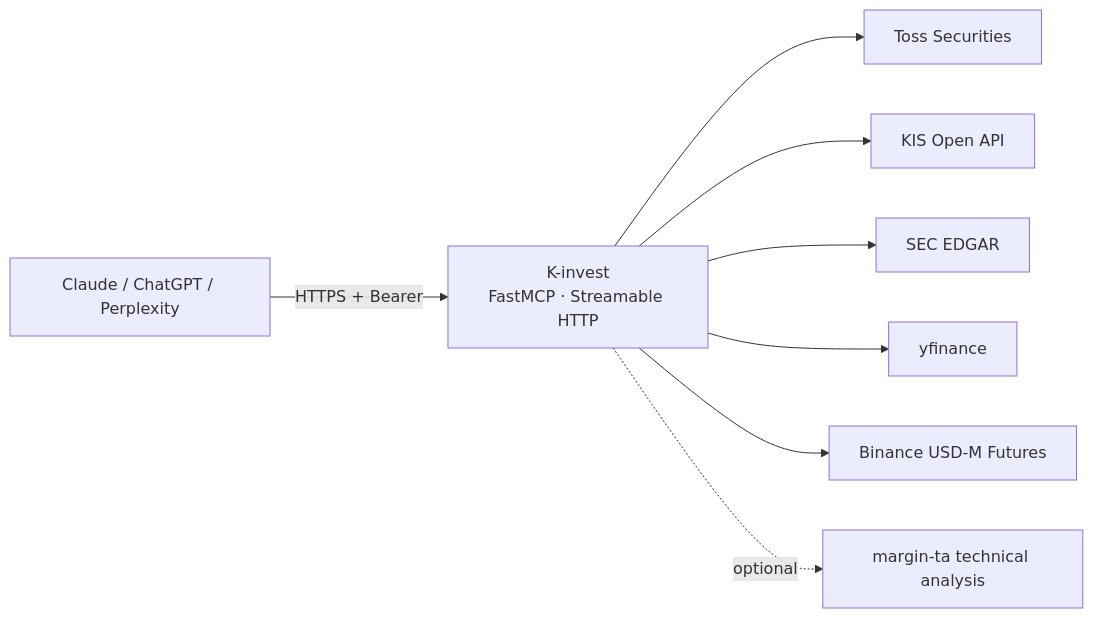
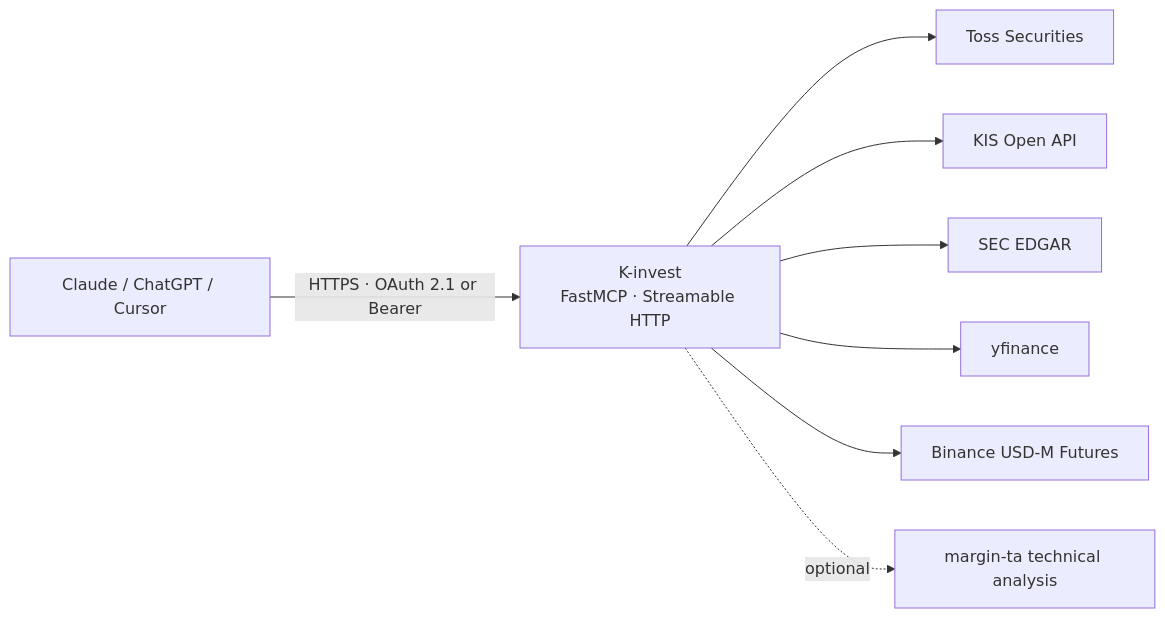
Before and after one commit to ianlyoo/K-invest: the diagram in README.en.md, drawn with Mermaid. The commit also changed other lines of this file and 1 other file, not shown here.

First line of the commit message:
docs: document OAuth 2.1 connector setup in both READMEs

````diff
--- a/README.en.md
+++ b/README.en.md
@@ -17,10 +17,10 @@
 ```mermaid
 flowchart LR
-    A[Claude / ChatGPT / Perplexity] -- "HTTPS + Bearer" --> B[K-invest<br/>FastMCP · Streamable HTTP]
+    A[Claude / ChatGPT / Cursor] -- "HTTPS · OAuth 2.1 or Bearer" --> B[K-invest<br/>FastMCP · Streamable HTTP]
     B --> C[Toss Securities]
     B --> D[KIS Open API]
     B --> E[SEC EDGAR]
     B --> F[yfinance]
     B --> G[Binance USD-M Futures]
     B -.optional.-> H[margin-ta technical analysis]
 ```
````
